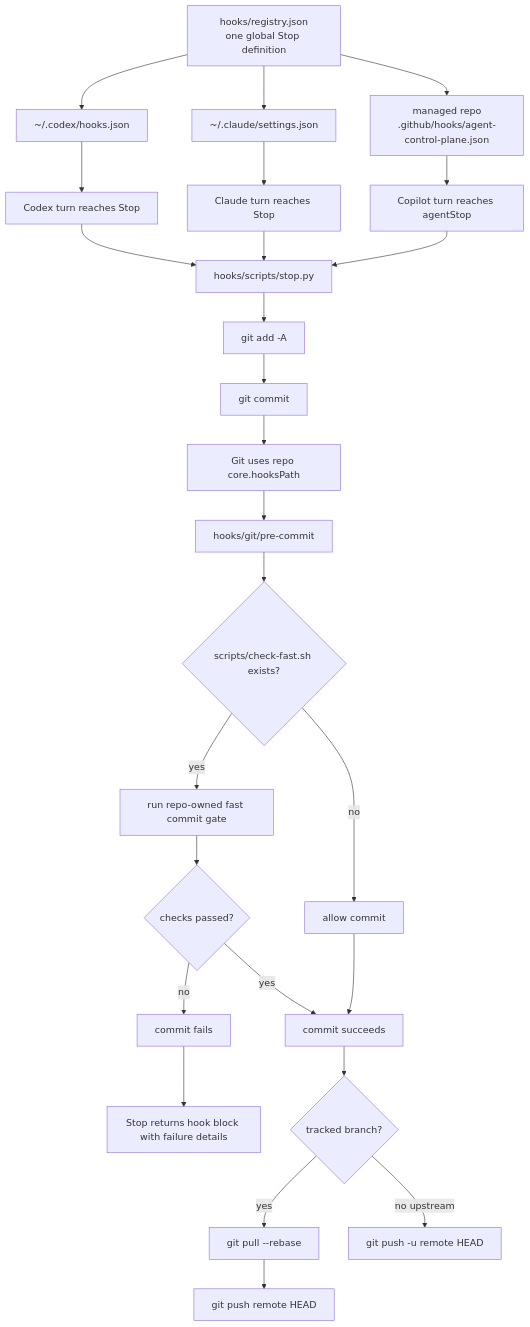
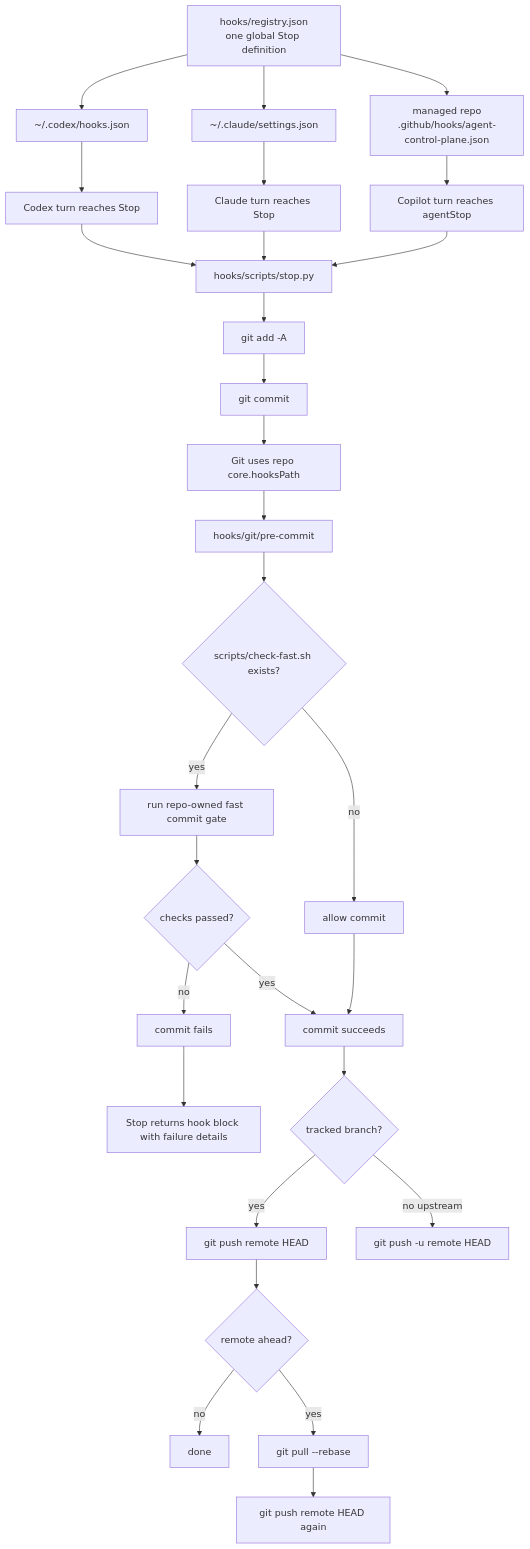
Before and after one commit to wisdom-in-a-nutshell/.agents: the fifth of 6 diagrams in docs/architecture/codex-control-plane-script-flows.md, drawn with Mermaid. The commit also changed other lines of this file and 5 other files, not shown here.

````diff
--- a/docs/architecture/codex-control-plane-script-flows.md
+++ b/docs/architecture/codex-control-plane-script-flows.md
@@ -203,28 +203,31 @@
 ```mermaid
 flowchart TD
     A[hooks/registry.json<br/>one global Stop definition] --> B[~/.codex/hooks.json]
     A --> C[~/.claude/settings.json]
     A --> Y[managed repo<br/>.github/hooks/agent-control-plane.json]
     B --> D[Codex turn reaches Stop]
     C --> E[Claude turn reaches Stop]
     Y --> E2[Copilot turn reaches agentStop]
     D --> F[hooks/scripts/stop.py]
     E --> F
     E2 --> F
     F --> G[git add -A]
     G --> H[git commit]
     H --> I[Git uses repo core.hooksPath]
     I --> J[hooks/git/pre-commit]
     J --> K{scripts/check-fast.sh exists?}
     K -->|yes| L[run repo-owned fast commit gate]
     K -->|no| M[allow commit]
     L --> N{checks passed?}
     N -->|no| O[commit fails]
     O --> P[Stop returns hook block with failure details]
     N -->|yes| Q[commit succeeds]
     M --> Q
     Q --> R{tracked branch?}
-    R -->|yes| S[git pull --rebase]
-    S --> T[git push remote HEAD]
+    R -->|yes| S[git push remote HEAD]
+    S --> T{remote ahead?}
+    T -->|no| V[done]
+    T -->|yes| W[git pull --rebase]
+    W --> X[git push remote HEAD again]
     R -->|no upstream| U[git push -u remote HEAD]
 ```
````
